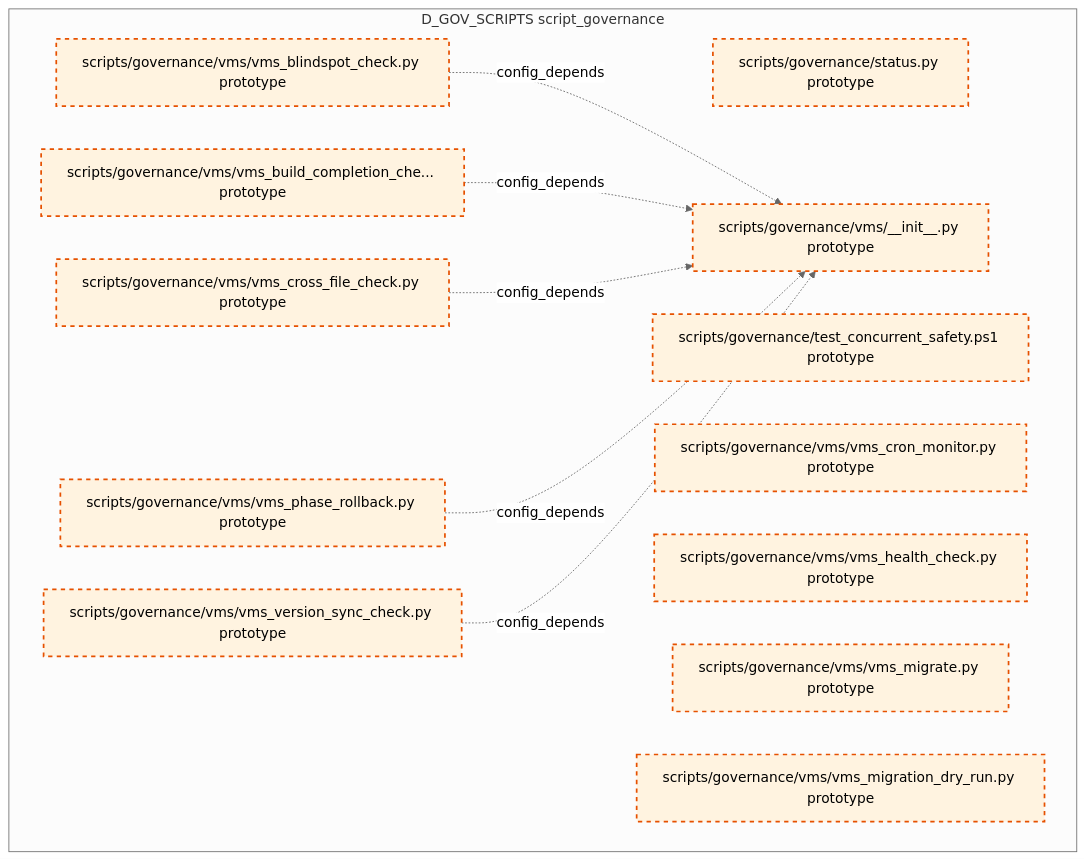
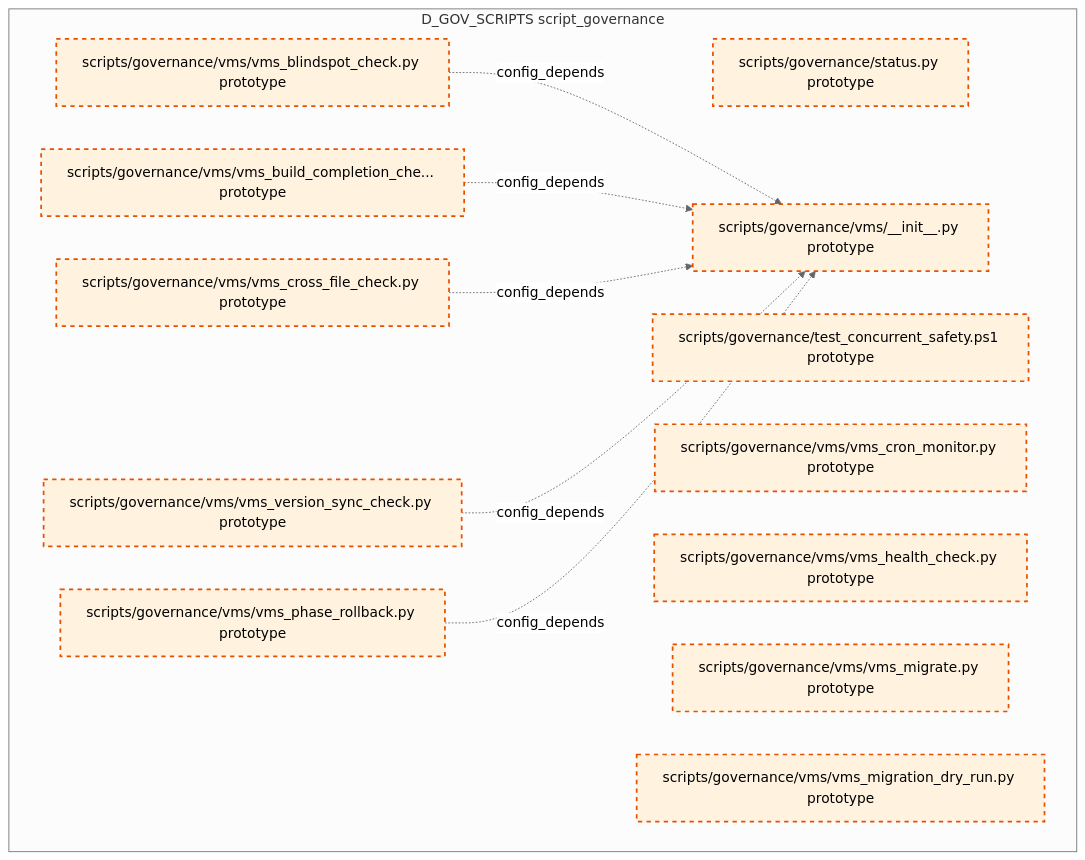
Before and after one commit to xuanFelixVan/ZephyrAlpha: diagram 15 of 15 in docs/02_enterprise_architecture/02_domain_architecture_docs/36_d_gov_scripts.md, drawn with Mermaid (neutral theme). The commit also changed other lines of this file and 99 other files, not shown here.

````diff
--- a/docs/02_enterprise_architecture/02_domain_architecture_docs/36_d_gov_scripts.md
+++ b/docs/02_enterprise_architecture/02_domain_architecture_docs/36_d_gov_scripts.md
@@ -1011,27 +1014,27 @@
 ```mermaid
 graph TD
     subgraph D_GOV_SCRIPTS["D_GOV_SCRIPTS script_governance"]
         scripts_governance_status_py["scripts/governance/status.py prototype"]
         scripts_governance_test_concurrent_safety_ps1["scripts/governance/test_concurrent_safety.ps1 prototype"]
         scripts_governance_vms_init_py["scripts/governance/vms/__init__.py prototype"]
         scripts_governance_vms_vms_blindspot_check_py["scripts/governance/vms/vms_blindspot_check.py prototype"]
         scripts_governance_vms_vms_build_completion_check_py["scripts/governance/vms/vms_build_completion_che... prototype"]
         scripts_governance_vms_vms_cron_monitor_py["scripts/governance/vms/vms_cron_monitor.py prototype"]
         scripts_governance_vms_vms_cross_file_check_py["scripts/governance/vms/vms_cross_file_check.py prototype"]
         scripts_governance_vms_vms_health_check_py["scripts/governance/vms/vms_health_check.py prototype"]
         scripts_governance_vms_vms_migrate_py["scripts/governance/vms/vms_migrate.py prototype"]
         scripts_governance_vms_vms_migration_dry_run_py["scripts/governance/vms/vms_migration_dry_run.py prototype"]
         scripts_governance_vms_vms_phase_rollback_py["scripts/governance/vms/vms_phase_rollback.py prototype"]
         scripts_governance_vms_vms_version_sync_check_py["scripts/governance/vms/vms_version_sync_check.py prototype"]
     end
     scripts_governance_vms_vms_blindspot_check_py -.->|config_depends| scripts_governance_vms_init_py
     scripts_governance_vms_vms_build_completion_check_py -.->|config_depends| scripts_governance_vms_init_py
     scripts_governance_vms_vms_cross_file_check_py -.->|config_depends| scripts_governance_vms_init_py
+    scripts_governance_vms_vms_version_sync_check_py -.->|config_depends| scripts_governance_vms_init_py
     scripts_governance_vms_vms_phase_rollback_py -.->|config_depends| scripts_governance_vms_init_py
-    scripts_governance_vms_vms_version_sync_check_py -.->|config_depends| scripts_governance_vms_init_py
     classDef production fill:#e1f5fe,stroke:#01579b,stroke-width:2px,color:#000
     classDef design fill:#fff3e0,stroke:#e65100,stroke-width:2px,color:#000,stroke-dasharray: 5 5
     classDef external_prod fill:#e8f5e9,stroke:#1b5e20,stroke-width:1px,color:#000
     classDef external_design fill:#fce4ec,stroke:#880e4f,stroke-width:1px,color:#000,stroke-dasharray: 5 5
     class scripts_governance_status_py,scripts_governance_test_concurrent_safety_ps1,scripts_governance_vms_init_py,scripts_governance_vms_vms_blindspot_check_py,scripts_governance_vms_vms_build_completion_check_py,scripts_governance_vms_vms_cron_monitor_py,scripts_governance_vms_vms_cross_file_check_py,scripts_governance_vms_vms_health_check_py,scripts_governance_vms_vms_migrate_py,scripts_governance_vms_vms_migration_dry_run_py,scripts_governance_vms_vms_phase_rollback_py,scripts_governance_vms_vms_version_sync_check_py design
 ```
````
